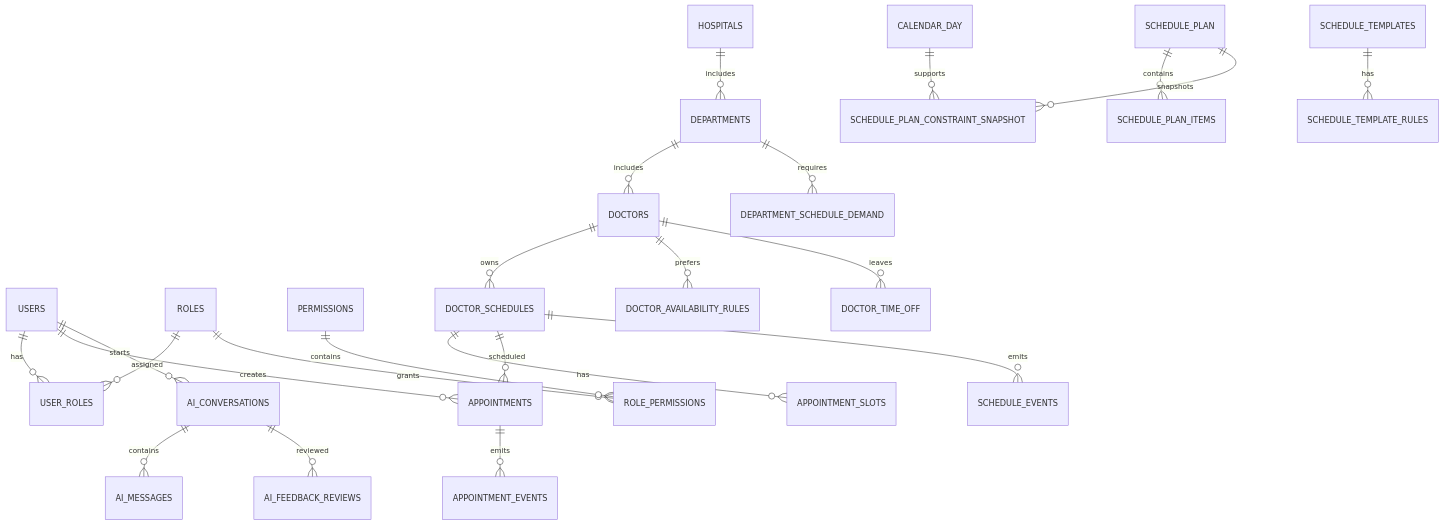
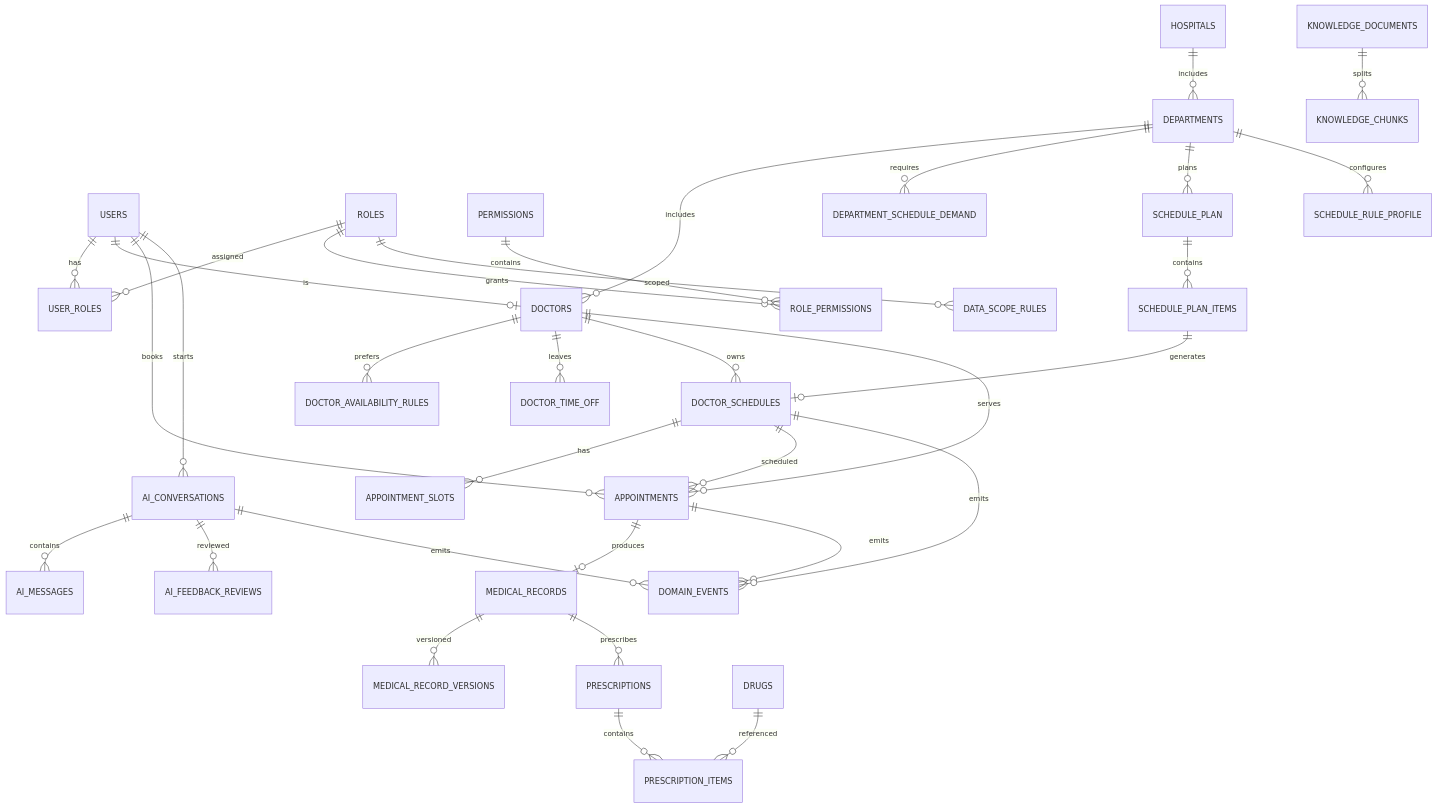
Before and after one commit to JianwenShaw/MediAskDocs: the diagram in docs/07-DATABASE.md, drawn with Mermaid. The commit also changed other lines of this file, not shown here.

````diff
--- a/docs/07-DATABASE.md
+++ b/docs/07-DATABASE.md
@@ -15,30 +35,48 @@
 ```mermaid
 erDiagram
+    %% === 认证与授权 ===
     USERS ||--o{ USER_ROLES : has
     ROLES ||--o{ USER_ROLES : assigned
     ROLES ||--o{ ROLE_PERMISSIONS : grants
+    ROLES ||--o{ DATA_SCOPE_RULES : scoped
     PERMISSIONS ||--o{ ROLE_PERMISSIONS : contains
 
+    %% === 医院组织 ===
     HOSPITALS ||--o{ DEPARTMENTS : includes
     DEPARTMENTS ||--o{ DOCTORS : includes
+    USERS ||--o| DOCTORS : is
 
+    %% === 排班 ===
+    DOCTORS ||--o{ DOCTOR_AVAILABILITY_RULES : prefers
+    DOCTORS ||--o{ DOCTOR_TIME_OFF : leaves
+    DEPARTMENTS ||--o{ DEPARTMENT_SCHEDULE_DEMAND : requires
     DOCTORS ||--o{ DOCTOR_SCHEDULES : owns
     DOCTOR_SCHEDULES ||--o{ APPOINTMENT_SLOTS : has
+    SCHEDULE_PLAN ||--o{ SCHEDULE_PLAN_ITEMS : contains
+    SCHEDULE_PLAN_ITEMS ||--o| DOCTOR_SCHEDULES : generates
+    DEPARTMENTS ||--o{ SCHEDULE_PLAN : plans
+    DEPARTMENTS ||--o{ SCHEDULE_RULE_PROFILE : configures
+
+    %% === 预约 ===
+    USERS ||--o{ APPOINTMENTS : books
+    DOCTORS ||--o{ APPOINTMENTS : serves
     DOCTOR_SCHEDULES ||--o{ APPOINTMENTS : scheduled
-    USERS ||--o{ APPOINTMENTS : creates
 
-    DEPARTMENTS ||--o{ DEPARTMENT_SCHEDULE_DEMAND : requires
-    DOCTORS ||--o{ DOCTOR_AVAILABILITY_RULES : prefers
-    DOCTORS ||--o{ DOCTOR_TIME_OFF : leaves
-    CALENDAR_DAY ||--o{ SCHEDULE_PLAN_CONSTRAINT_SNAPSHOT : supports
-    SCHEDULE_PLAN ||--o{ SCHEDULE_PLAN_ITEMS : contains
-    SCHEDULE_PLAN ||--o{ SCHEDULE_PLAN_CONSTRAINT_SNAPSHOT : snapshots
-
-    SCHEDULE_TEMPLATES ||--o{ SCHEDULE_TEMPLATE_RULES : has
-    APPOINTMENTS ||--o{ APPOINTMENT_EVENTS : emits
-    DOCTOR_SCHEDULES ||--o{ SCHEDULE_EVENTS : emits
-
+    %% === AI 问诊 ===
     USERS ||--o{ AI_CONVERSATIONS : starts
     AI_CONVERSATIONS ||--o{ AI_MESSAGES : contains
     AI_CONVERSATIONS ||--o{ AI_FEEDBACK_REVIEWS : reviewed
+    KNOWLEDGE_DOCUMENTS ||--o{ KNOWLEDGE_CHUNKS : splits
+
+    %% === 病历与处方 ===
+    APPOINTMENTS ||--o| MEDICAL_RECORDS : produces
+    MEDICAL_RECORDS ||--o{ MEDICAL_RECORD_VERSIONS : versioned
+    MEDICAL_RECORDS ||--o{ PRESCRIPTIONS : prescribes
+    PRESCRIPTIONS ||--o{ PRESCRIPTION_ITEMS : contains
+    DRUGS ||--o{ PRESCRIPTION_ITEMS : referenced
+
+    %% === 领域事件 ===
+    APPOINTMENTS ||--o{ DOMAIN_EVENTS : emits
+    DOCTOR_SCHEDULES ||--o{ DOMAIN_EVENTS : emits
+    AI_CONVERSATIONS ||--o{ DOMAIN_EVENTS : emits
 ```
````
